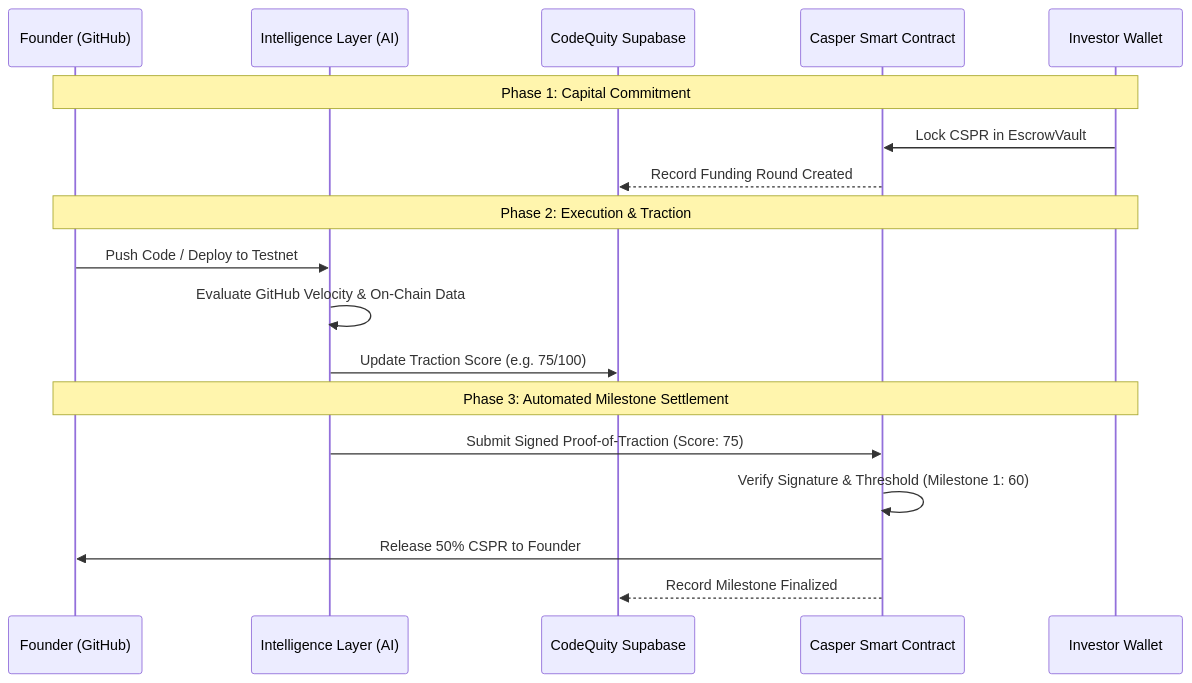
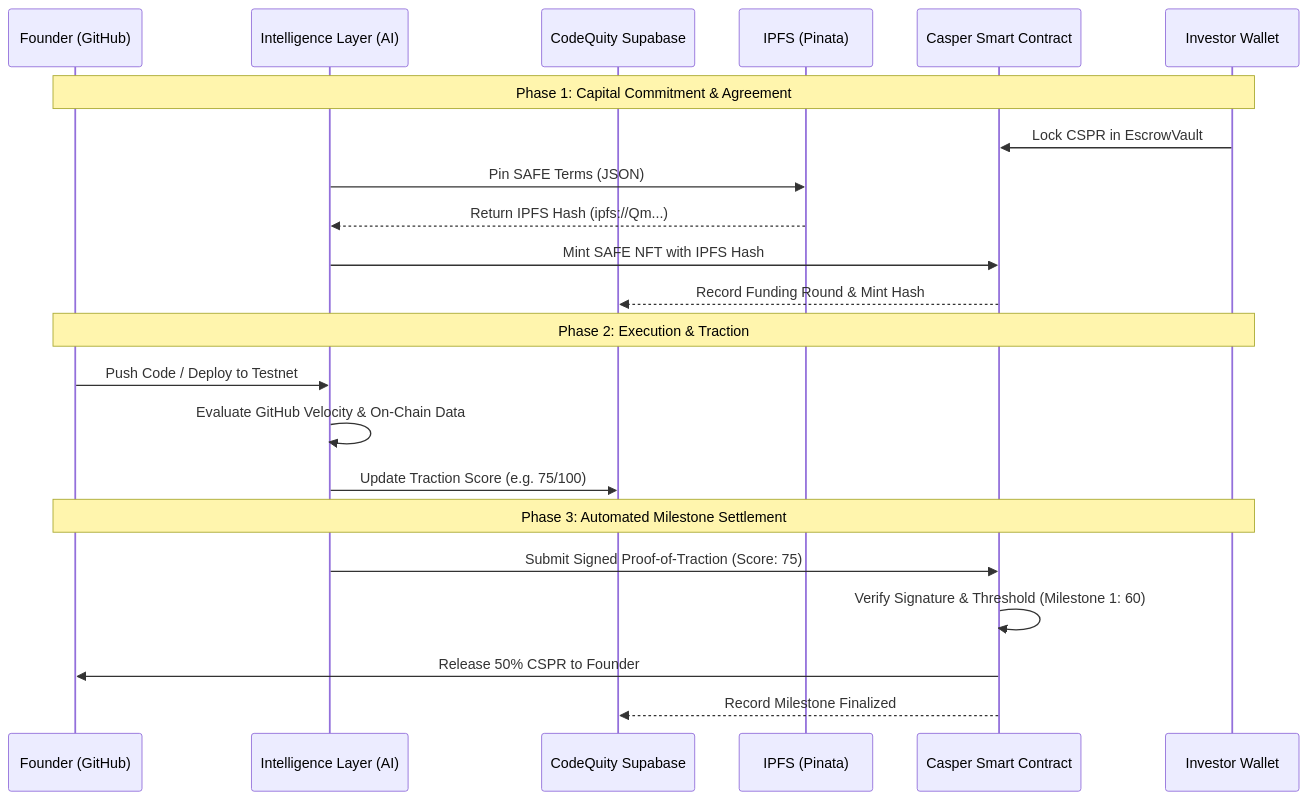
The diagram in README.md (karanmax999/-Casper_codequity), drawn with Mermaid before and after one commit. The commit also changed other lines of this file, not shown here.

Commit message:
docs: add IPFS and SAFE NFT architecture details

````diff
--- a/README.md
+++ b/README.md
@@ -46,23 +49,27 @@
 ```mermaid
 sequenceDiagram
     participant F as Founder (GitHub)
     participant IL as Intelligence Layer (AI)
     participant DB as CodeQuity Supabase
+    participant IPFS as IPFS (Pinata)
     participant SC as Casper Smart Contract
     participant INV as Investor Wallet
 
-    Note over F,INV: Phase 1: Capital Commitment
+    Note over F,INV: Phase 1: Capital Commitment & Agreement
     INV->>SC: Lock CSPR in EscrowVault
-    SC-->>DB: Record Funding Round Created
+    IL->>IPFS: Pin SAFE Terms (JSON)
+    IPFS-->>IL: Return IPFS Hash (ipfs://Qm...)
+    IL->>SC: Mint SAFE NFT with IPFS Hash
+    SC-->>DB: Record Funding Round & Mint Hash
     
     Note over F,INV: Phase 2: Execution & Traction
     F->>IL: Push Code / Deploy to Testnet
     IL->>IL: Evaluate GitHub Velocity & On-Chain Data
     IL->>DB: Update Traction Score (e.g. 75/100)
     
     Note over F,INV: Phase 3: Automated Milestone Settlement
     IL->>SC: Submit Signed Proof-of-Traction (Score: 75)
     SC->>SC: Verify Signature & Threshold (Milestone 1: 60)
     SC->>F: Release 50% CSPR to Founder
     SC-->>DB: Record Milestone Finalized
 ```
````
